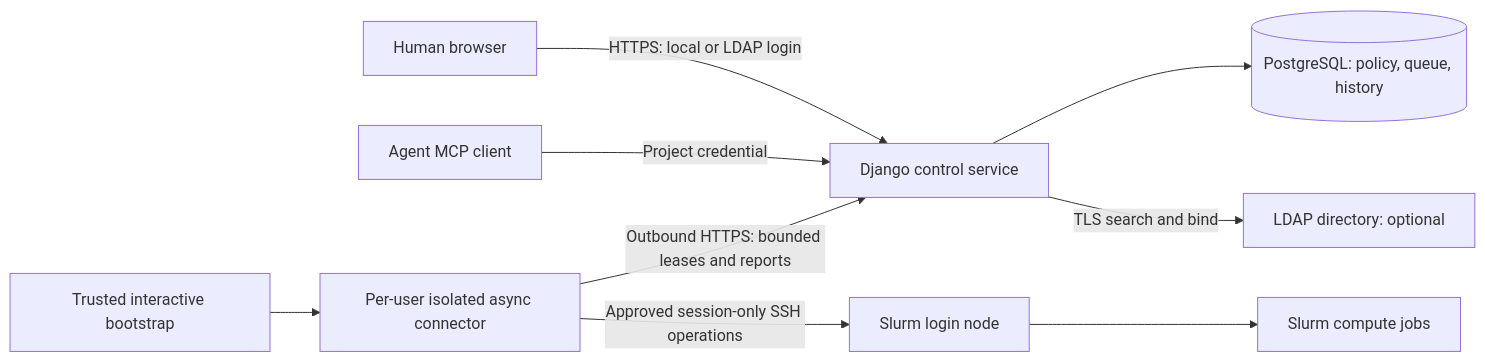
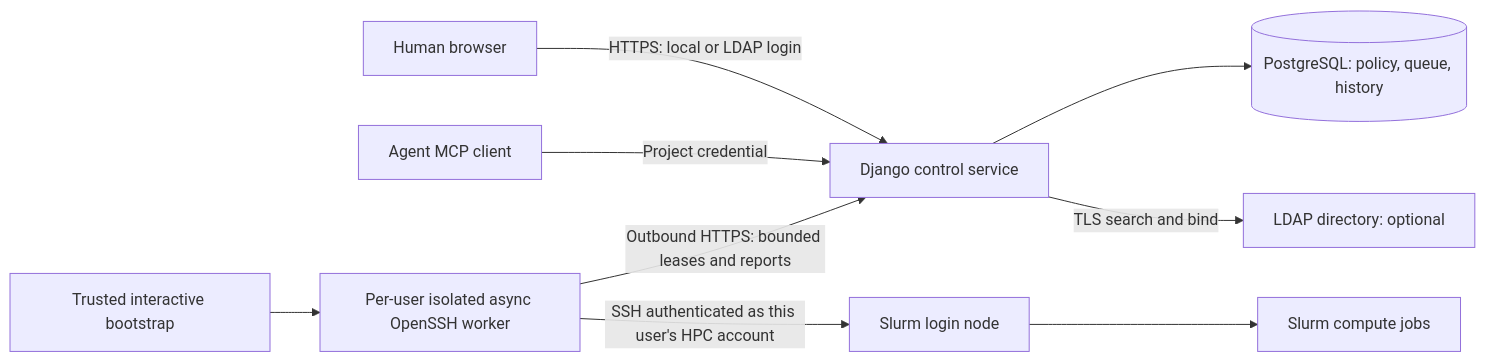
The diagram in docs/hosted-architecture.md (schmitfe/compute-relay), drawn with Mermaid before and after one commit. The commit also changed other lines of this file and 3 other files, not shown here.

Commit message:
docs: clarify OpenSSH execution through each user's HPC account

````diff
--- a/docs/hosted-architecture.md
+++ b/docs/hosted-architecture.md
@@ -14,11 +20,11 @@
 ```mermaid
 flowchart LR
     H[Human browser] -->|HTTPS: local or LDAP login| C[Django control service]
     A[Agent MCP client] -->|Project credential| C
     C --> P[(PostgreSQL: policy, queue, history)]
     C -->|TLS search and bind| L[LDAP directory: optional]
-    W[Per-user isolated async connector] -->|Outbound HTTPS: bounded leases and reports| C
-    W -->|Approved session-only SSH operations| S[Slurm login node]
+    W[Per-user isolated async OpenSSH worker] -->|Outbound HTTPS: bounded leases and reports| C
+    W -->|SSH authenticated as this user's HPC account| S[Slurm login node]
     S --> J[Slurm compute jobs]
     B[Trusted interactive bootstrap] --> W
 ```
````
